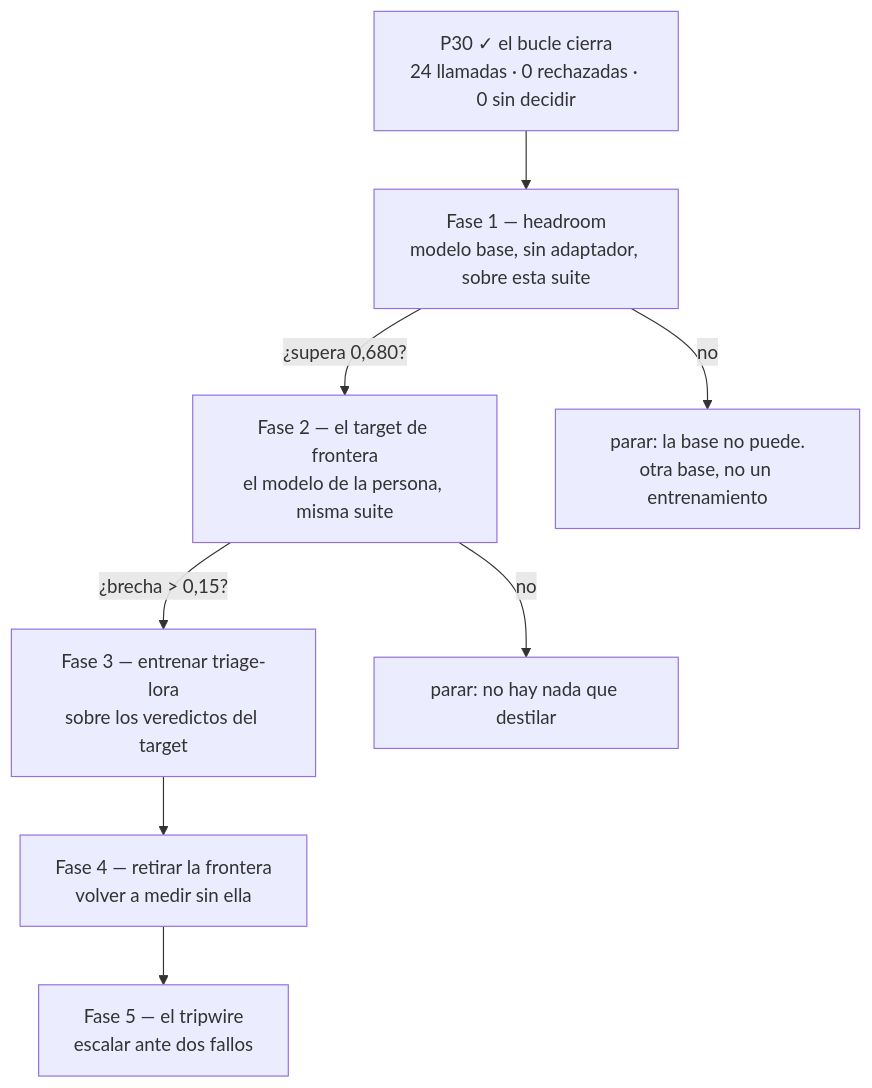
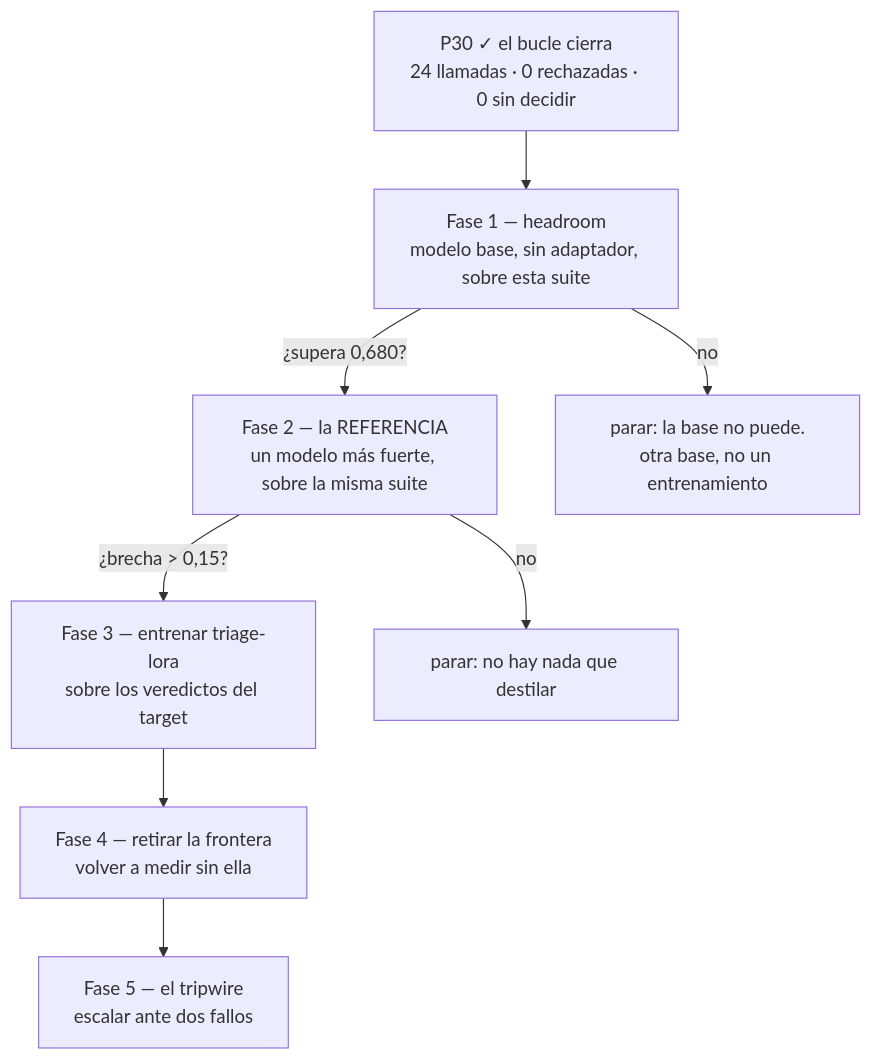
One commit to EvolvingAgentsLabs/lora-kernel changed the fourth of 4 diagrams in docs/es/CASE-TRIAGE.md. Above: the diagram before and after it, drawn with Mermaid. The commit also changed 7 other files, not shown here.

````diff
--- a/docs/es/CASE-TRIAGE.md
+++ b/docs/es/CASE-TRIAGE.md
@@ -110,11 +110,11 @@
 ```mermaid
 flowchart TD
   P0["P30 ✓ el bucle cierra<br/>24 llamadas · 0 rechazadas · 0 sin decidir"] --> P1
   P1["Fase 1 — headroom<br/>modelo base, sin adaptador, sobre esta suite"] -->|"¿supera 0,680?"| P2
   P1 -->|"no"| X1["parar: la base no puede.<br/>otra base, no un entrenamiento"]
-  P2["Fase 2 — el target de frontera<br/>el modelo de la persona, misma suite"] -->|"¿brecha > 0,15?"| P3
+  P2["Fase 2 — la REFERENCIA<br/>un modelo más fuerte, sobre la misma suite"] -->|"¿brecha > 0,15?"| P3
   P2 -->|"no"| X2["parar: no hay nada que destilar"]
   P3["Fase 3 — entrenar triage-lora<br/>sobre los veredictos del target"] --> P4
   P4["Fase 4 — retirar la frontera<br/>volver a medir sin ella"] --> P5
   P5["Fase 5 — el tripwire<br/>escalar ante dos fallos"]
 ```
````
